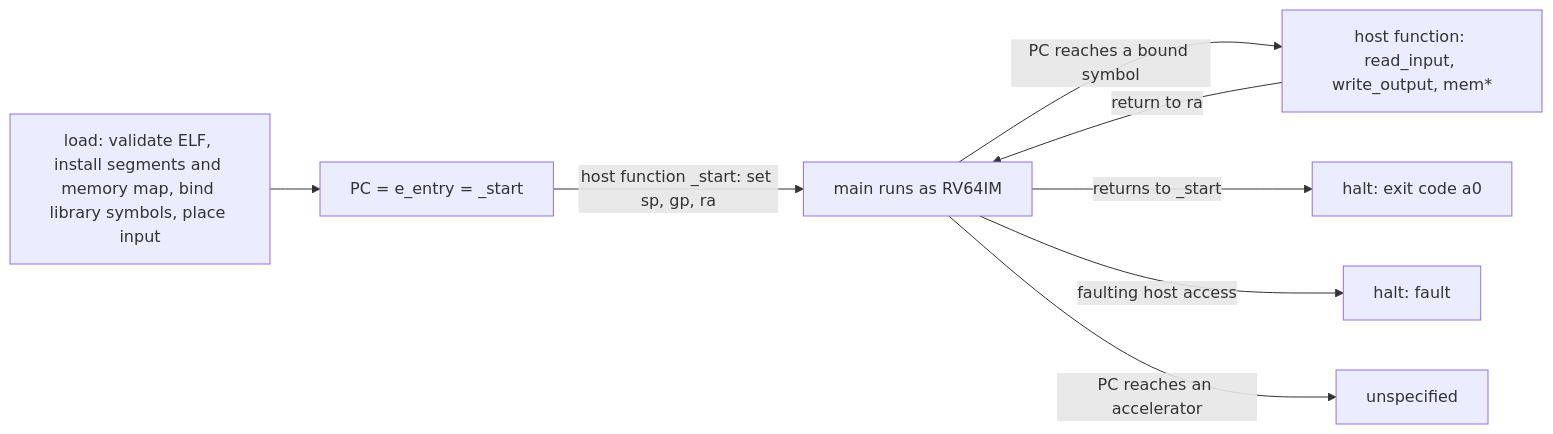
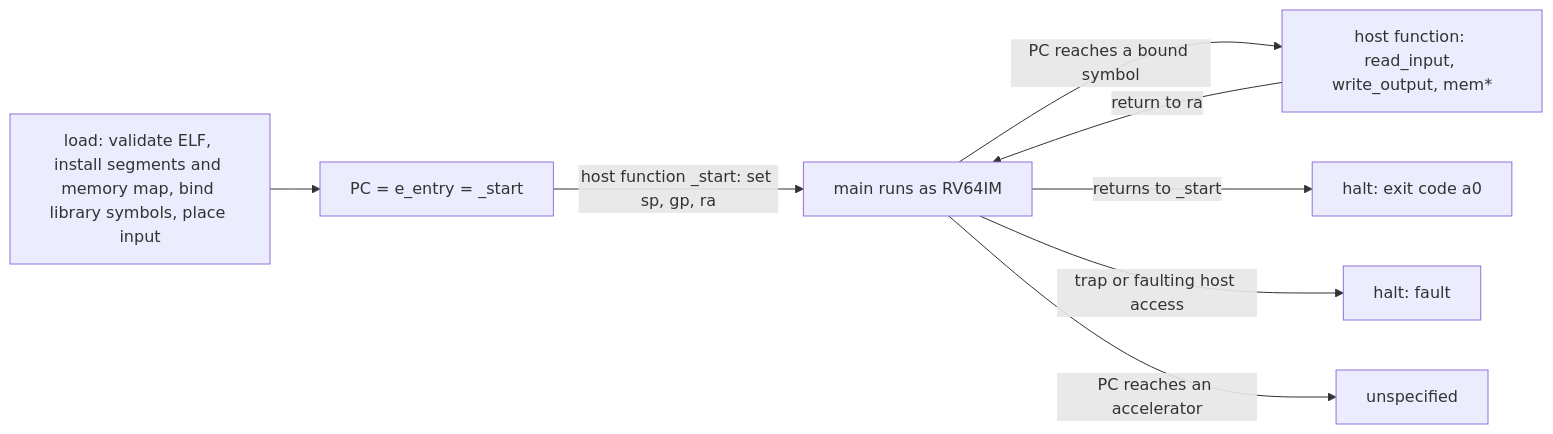
Before and after one commit to eth-act/zkevm-standards: the diagram in reference/README.md, drawn with Mermaid. The commit also changed other lines of this file and 19 other files, not shown here.

````diff
--- a/reference/README.md
+++ b/reference/README.md
@@ -55,10 +56,10 @@
 ```mermaid
 flowchart LR
   L[load: validate ELF, install segments and memory map, bind library symbols, place input] --> S[PC = e_entry = _start]
   S -->|host function _start: set sp, gp, ra| M[main runs as RV64IM]
   M -->|PC reaches a bound symbol| H[host function: read_input, write_output, mem*]
   H -->|return to ra| M
   M -->|returns to _start| E[halt: exit code a0]
-  M -->|faulting host access| F[halt: fault]
+  M -->|trap or faulting host access| F[halt: fault]
   M -->|PC reaches an accelerator| U[unspecified]
 ```
````
